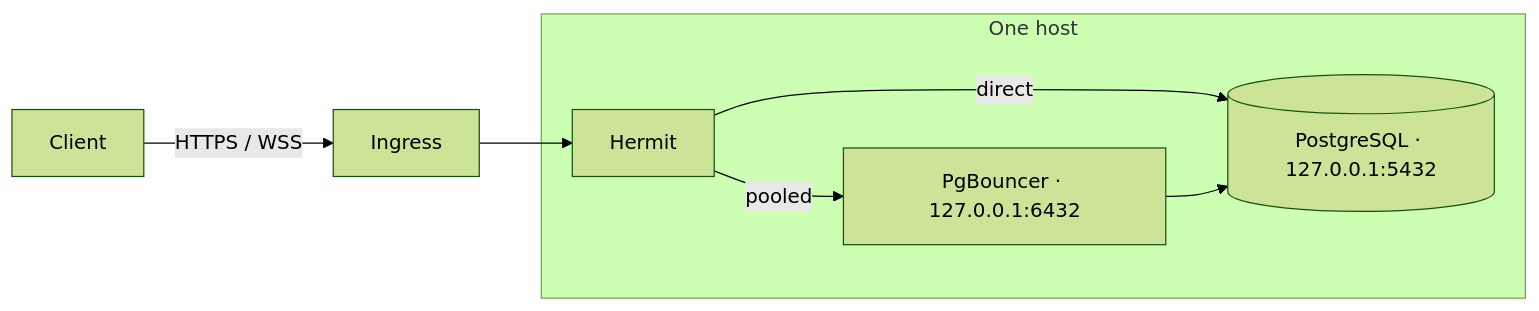
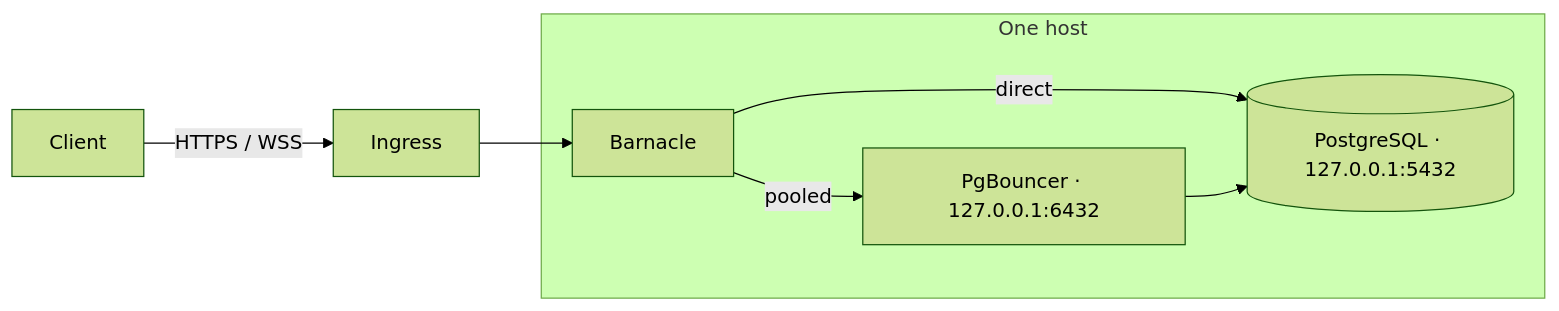
One commit to proddata/barnacle changed the diagram in docs/deployment.md. Above: the diagram before and after it, drawn with Mermaid (forest theme). The commit also changed other lines of this file and 96 other files, not shown here.

First line of the commit message:
Rename Hermit to Barnacle

````diff
--- a/docs/deployment.md
+++ b/docs/deployment.md
@@ -13,13 +13,13 @@
 ```mermaid
 flowchart LR
     C[Client] -->|HTTPS / WSS| I[Ingress]
     subgraph S[One host]
-        H[Hermit]
+        H[Barnacle]
         B[PgBouncer · 127.0.0.1:6432]
         P[(PostgreSQL · 127.0.0.1:5432)]
         H -->|direct| P
         H -->|pooled| B
         B --> P
     end
     I --> H
 ```
````
